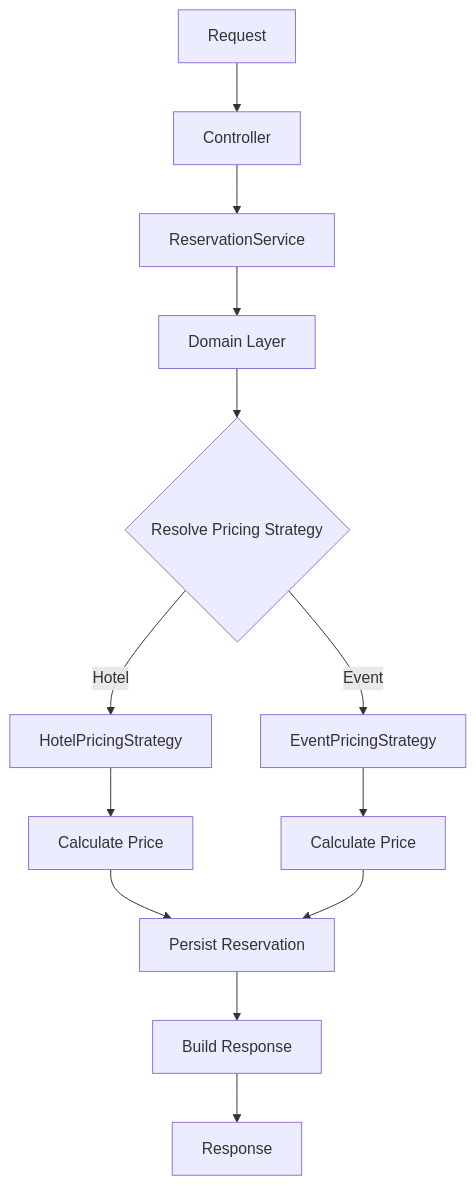
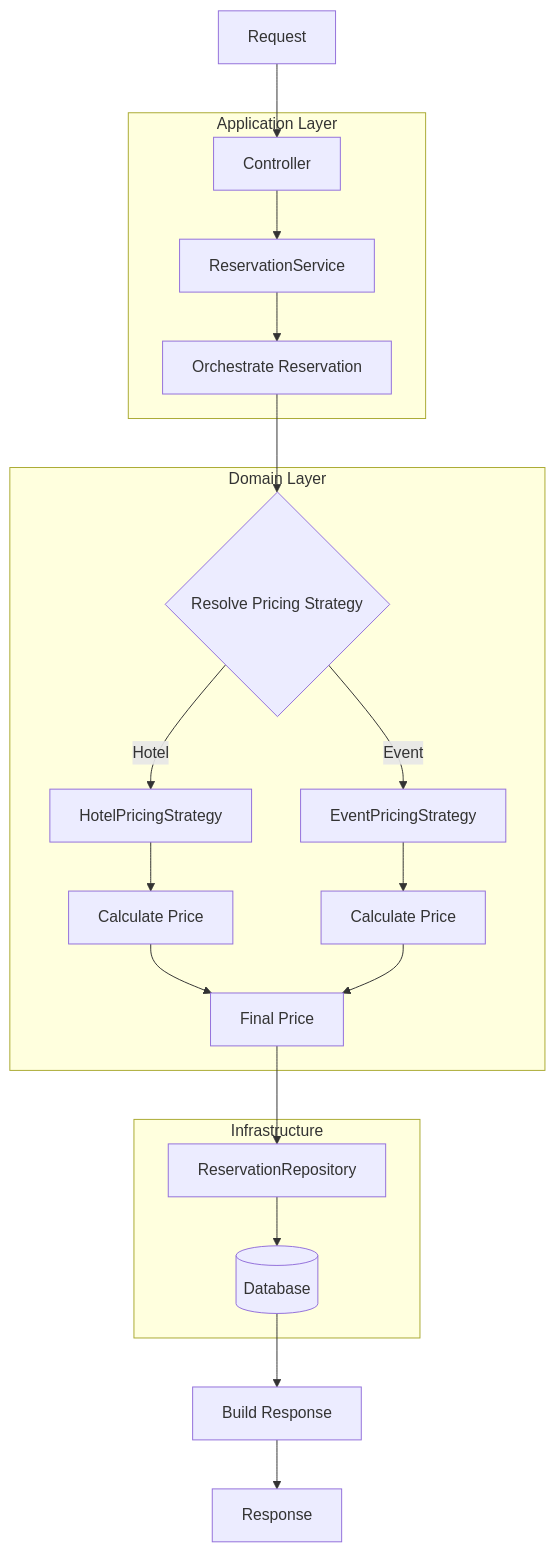
Before and after one commit to MMoza/reservations: the fourth of 5 diagrams in README.md, drawn with Mermaid.

Commit message:
add layers to flowchart A03

````diff
--- a/README.md
+++ b/README.md
@@ -468,22 +468,35 @@
 ```mermaid
 flowchart TD
 
     A[Request] --> C[Controller]
 
-    C --> S[ReservationService]
-    S --> D[Domain Layer]
+    %% Application Layer
+    subgraph Application Layer
+        C --> S[ReservationService]
+        S --> ORQ[Orchestrate Reservation]
+    end
 
-    D --> F{Resolve Pricing Strategy}
+    %% Domain Layer
+    subgraph Domain Layer
+        ORQ --> F{Resolve Pricing Strategy}
 
-    F -->|Hotel| ST1[HotelPricingStrategy]
-    F -->|Event| ST2[EventPricingStrategy]
+        F -->|Hotel| ST1[HotelPricingStrategy]
+        F -->|Event| ST2[EventPricingStrategy]
 
-    ST1 --> P1[Calculate Price]
-    ST2 --> P2[Calculate Price]
+        ST1 --> P1[Calculate Price]
+        ST2 --> P2[Calculate Price]
 
-    P1 --> SAVE[Persist Reservation]
-    P2 --> SAVE
+        P1 --> TOTAL[Final Price]
+        P2 --> TOTAL
+    end
 
-    SAVE --> FMT[Build Response]
+    %% Infrastructure
+    subgraph Infrastructure
+        TOTAL --> SAVE[ReservationRepository]
+        SAVE --> DB[(Database)]
+    end
+
+    %% Response
+    DB --> FMT[Build Response]
     FMT --> R[Response]
 ```
````
